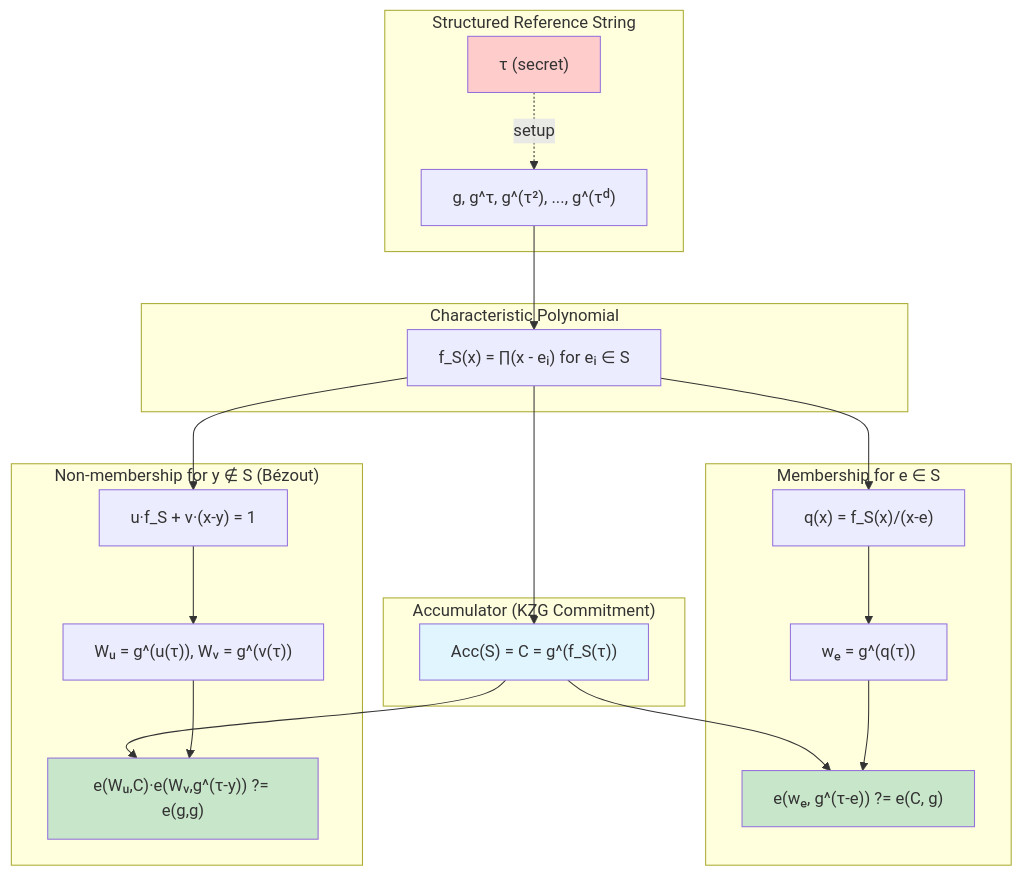
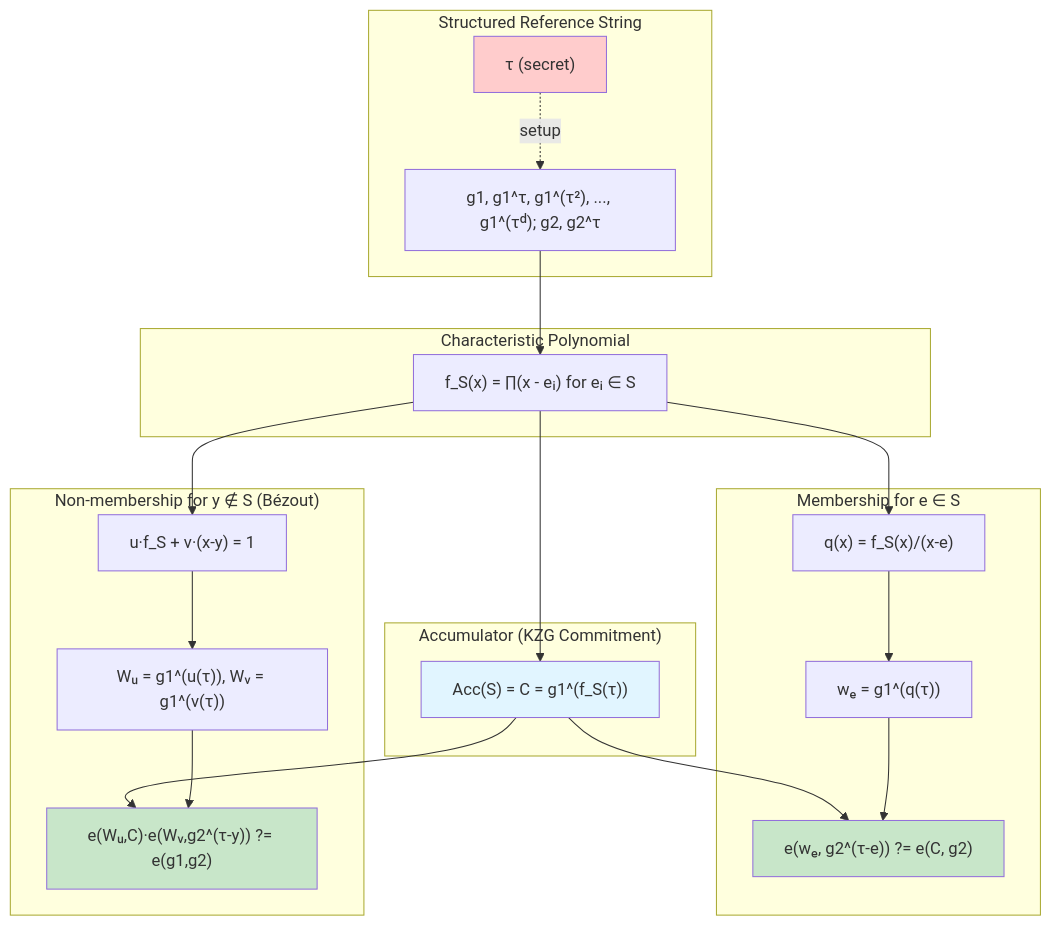
One commit to jordan-public/cryptographic-accumulators-nullifiers changed the third of 8 diagrams in README.md. Above: the diagram before and after it, drawn with Mermaid. The commit also changed other lines of this file, not shown here.

````diff
--- a/README.md
+++ b/README.md
@@ -291,45 +291,45 @@
 ```mermaid
 graph TB
     subgraph SRS["Structured Reference String"]
         T["τ (secret)"]
-        SRS_P["g, g^τ, g^(τ²), ..., g^(τᵈ)"]
+        SRS_P["g1, g1^τ, g1^(τ²), ..., g1^(τᵈ); g2, g2^τ"]
     end
     
     subgraph Polynomial["Characteristic Polynomial"]
         F["f_S(x) = ∏(x - eᵢ) for eᵢ ∈ S"]
     end
     
     subgraph Commit["Accumulator (KZG Commitment)"]
-        C["Acc(S) = C = g^(f_S(τ))"]
+        C["Acc(S) = C = g1^(f_S(τ))"]
     end
     
     subgraph Member["Membership for e ∈ S"]
         Q["q(x) = f_S(x)/(x-e)"]
-        WM["wₑ = g^(q(τ))"]
-        VM["e(wₑ, g^(τ-e)) ?= e(C, g)"]
+        WM["wₑ = g1^(q(τ))"]
+        VM["e(wₑ, g2^(τ-e)) ?= e(C, g2)"]
     end
     
     subgraph NonMember["Non-membership for y ∉ S (Bézout)"]
         B["u·f_S + v·(x-y) = 1"]
-        WN["Wᵤ = g^(u(τ)), Wᵥ = g^(v(τ))"]
-        VN["e(Wᵤ,C)·e(Wᵥ,g^(τ-y)) ?= e(g,g)"]
+        WN["Wᵤ = g1^(u(τ)), Wᵥ = g1^(v(τ))"]
+        VN["e(Wᵤ,C)·e(Wᵥ,g2^(τ-y)) ?= e(g1,g2)"]
     end
     
     T -.setup.-> SRS_P
     SRS_P --> F
     F --> C
     F --> Q
     Q --> WM
     C --> VM
     WM --> VM
     
     F --> B
     B --> WN
     C --> VN
     WN --> VN
     
     style T fill:#ffcccc
     style C fill:#e1f5ff
     style VM fill:#c8e6c9
     style VN fill:#c8e6c9
 ```
````
